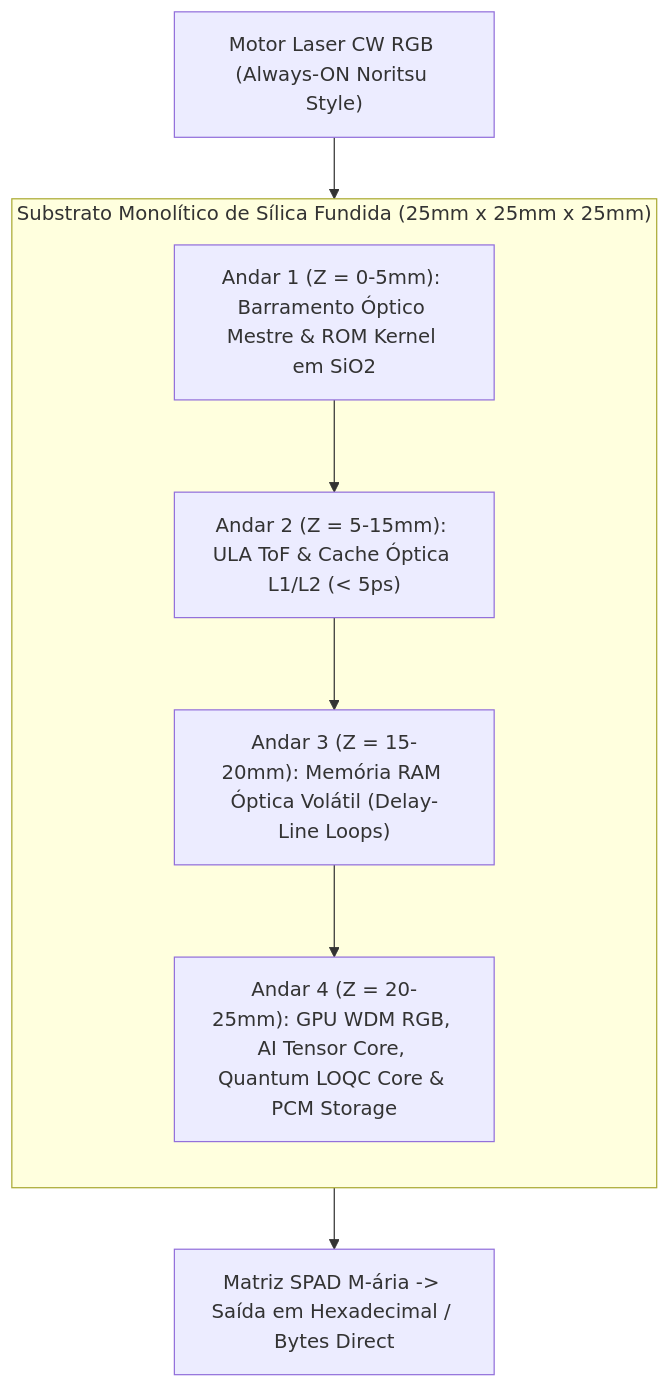
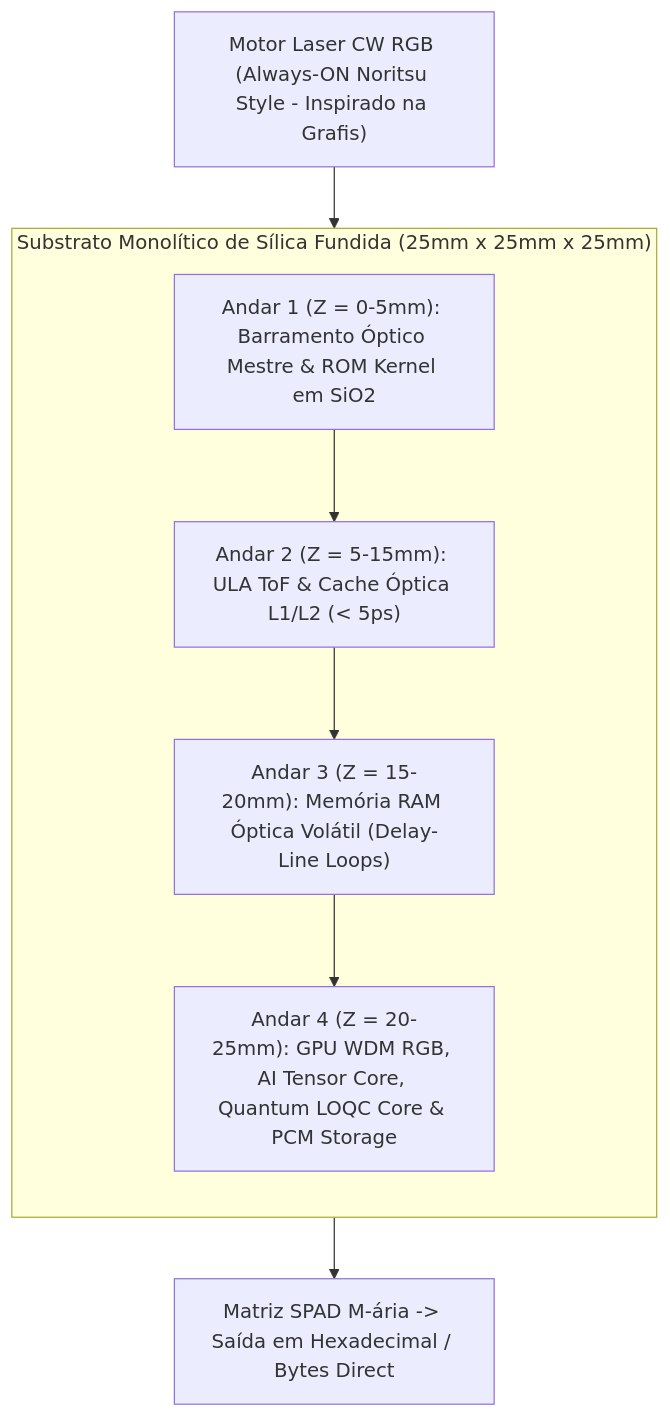
One commit to Roliveira96/SilicaCore changed the diagram in README.md. Above: the diagram before and after it, drawn with Mermaid. The commit also changed other lines of this file and 3 other files, not shown here.

````diff
--- a/README.md
+++ b/README.md
@@ -95,17 +103,17 @@
 ```mermaid
 flowchart TD
     subgraph CuboSilica["Substrato Monolítico de Sílica Fundida (25mm x 25mm x 25mm)"]
         direction TB
         Andar4["Andar 4 (Z = 20-25mm): GPU WDM RGB, AI Tensor Core, Quantum LOQC Core & PCM Storage"]
         Andar3["Andar 3 (Z = 15-20mm): Memória RAM Óptica Volátil (Delay-Line Loops)"]
         Andar2["Andar 2 (Z = 5-15mm): ULA ToF & Cache Óptica L1/L2 (< 5ps)"]
         Andar1["Andar 1 (Z = 0-5mm): Barramento Óptico Mestre & ROM Kernel em SiO2"]
 
         Andar1 --> Andar2
         Andar2 --> Andar3
         Andar3 --> Andar4
     end
 
-    Input["Motor Laser CW RGB (Always-ON Noritsu Style)"] --> CuboSilica
+    Input["Motor Laser CW RGB (Always-ON Noritsu Style - Inspirado na Grafis)"] --> CuboSilica
     CuboSilica --> Output["Matriz SPAD M-ária -> Saída em Hexadecimal / Bytes Direct"]
 ```
````
